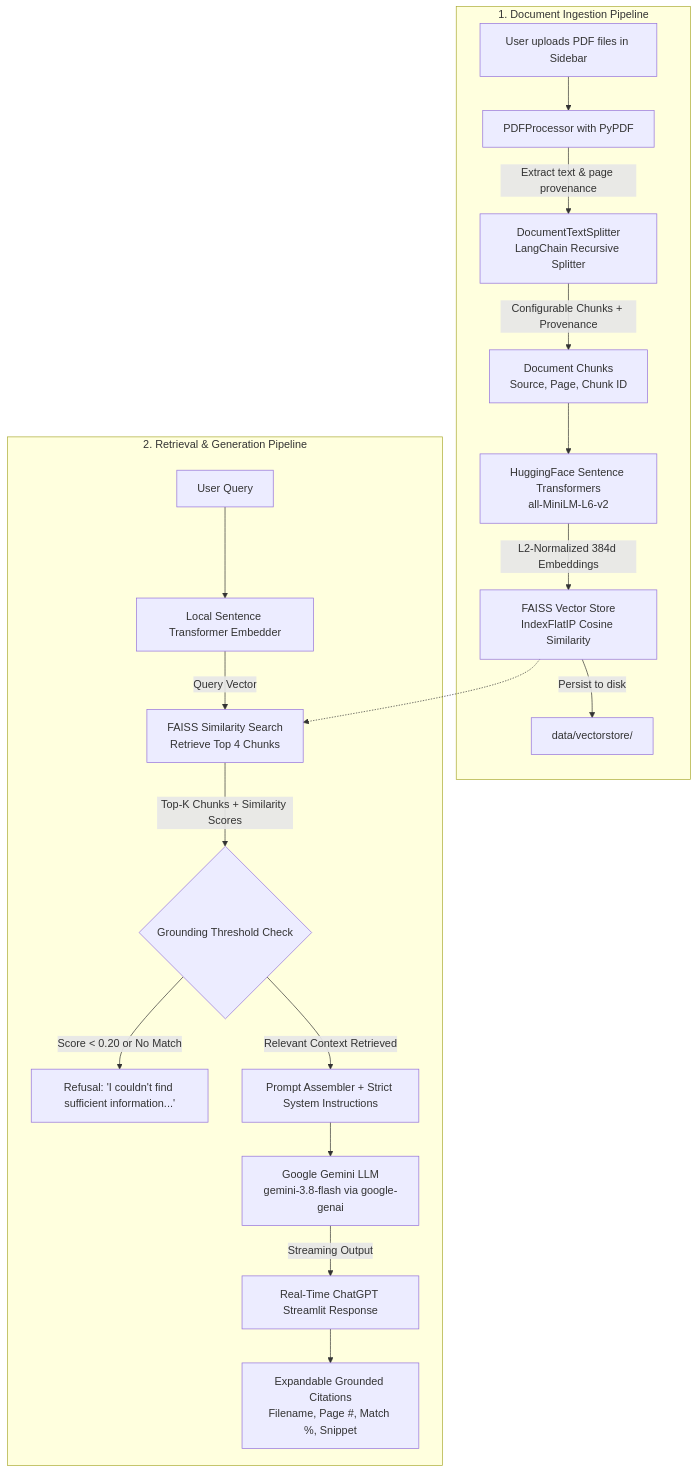
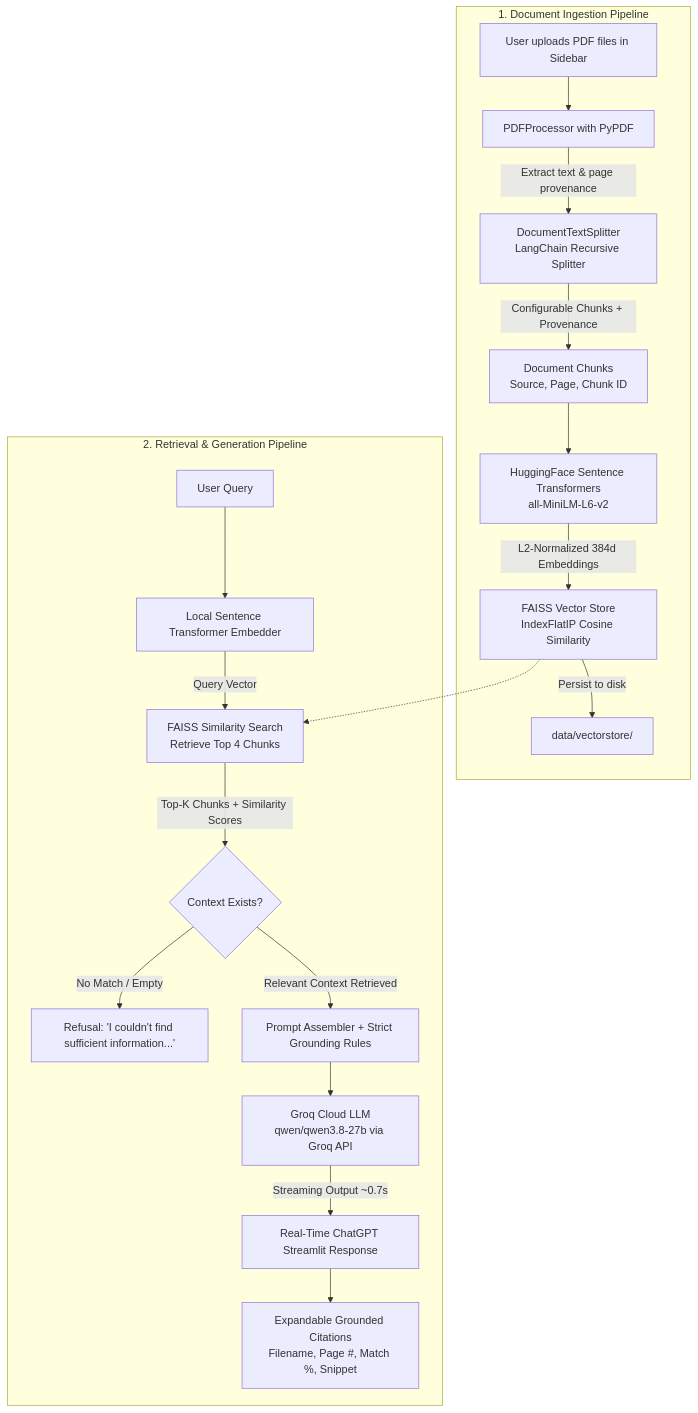
One commit to neelabhshukla018/PDX changed the diagram in README.md. Above: the diagram before and after it, drawn with Mermaid. The commit also changed other lines of this file and 2 other files, not shown here.

````diff
--- a/README.md
+++ b/README.md
@@ -66,23 +94,23 @@
 ```mermaid
 flowchart TD
     subgraph Ingestion["1. Document Ingestion Pipeline"]
         A[User uploads PDF files in Sidebar] --> B[PDFProcessor with PyPDF]
         B -->|Extract text & page provenance| C[DocumentTextSplitter<br/>LangChain Recursive Splitter]
         C -->|Configurable Chunks + Provenance| D[Document Chunks<br/>Source, Page, Chunk ID]
         D --> E[HuggingFace Sentence Transformers<br/>all-MiniLM-L6-v2]
         E -->|L2-Normalized 384d Embeddings| F[FAISS Vector Store<br/>IndexFlatIP Cosine Similarity]
         F -->|Persist to disk| G[data/vectorstore/]
     end
 
     subgraph Retrieval["2. Retrieval & Generation Pipeline"]
         H[User Query] --> I[Local Sentence Transformer Embedder]
         I -->|Query Vector| J[FAISS Similarity Search<br/>Retrieve Top 4 Chunks]
         F -.-> J
-        J -->|Top-K Chunks + Similarity Scores| K{Grounding Threshold Check}
-        K -->|Score < 0.20 or No Match| L["Refusal: 'I couldn't find sufficient information...'"]
-        K -->|Relevant Context Retrieved| M[Prompt Assembler + Strict System Instructions]
-        M --> N[Google Gemini LLM<br/>gemini-3.8-flash via google-genai]
-        N -->|Streaming Output| O[Real-Time ChatGPT Streamlit Response]
+        J -->|Top-K Chunks + Similarity Scores| K{Context Exists?}
+        K -->|No Match / Empty| L["Refusal: 'I couldn't find sufficient information...'"]
+        K -->|Relevant Context Retrieved| M[Prompt Assembler + Strict Grounding Rules]
+        M --> N[Groq Cloud LLM<br/>qwen/qwen3.8-27b via Groq API]
+        N -->|Streaming Output ~0.7s| O[Real-Time ChatGPT Streamlit Response]
         O --> P[Expandable Grounded Citations<br/>Filename, Page #, Match %, Snippet]
     end
 ```
````
